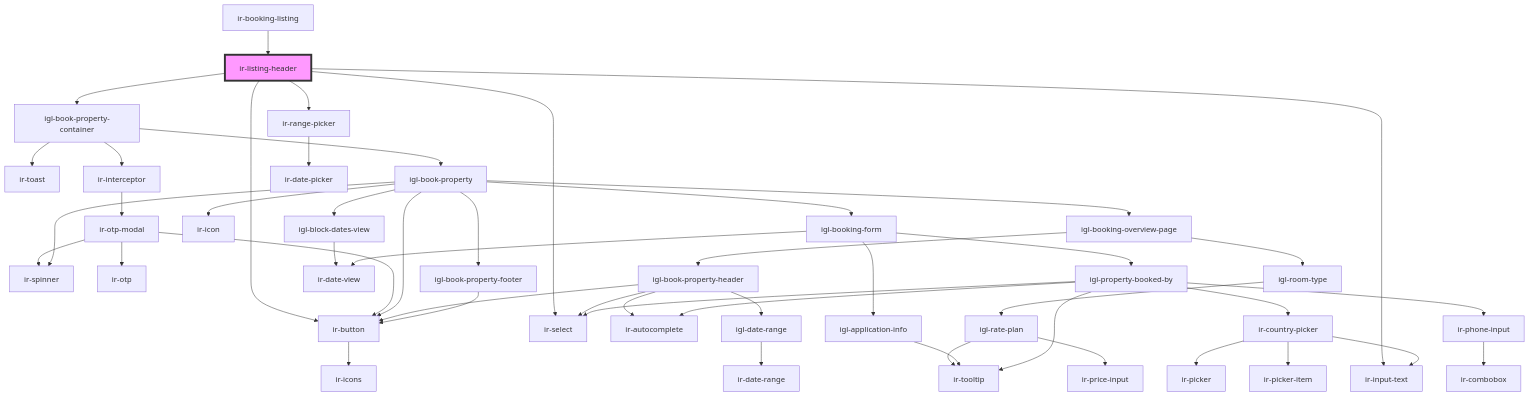
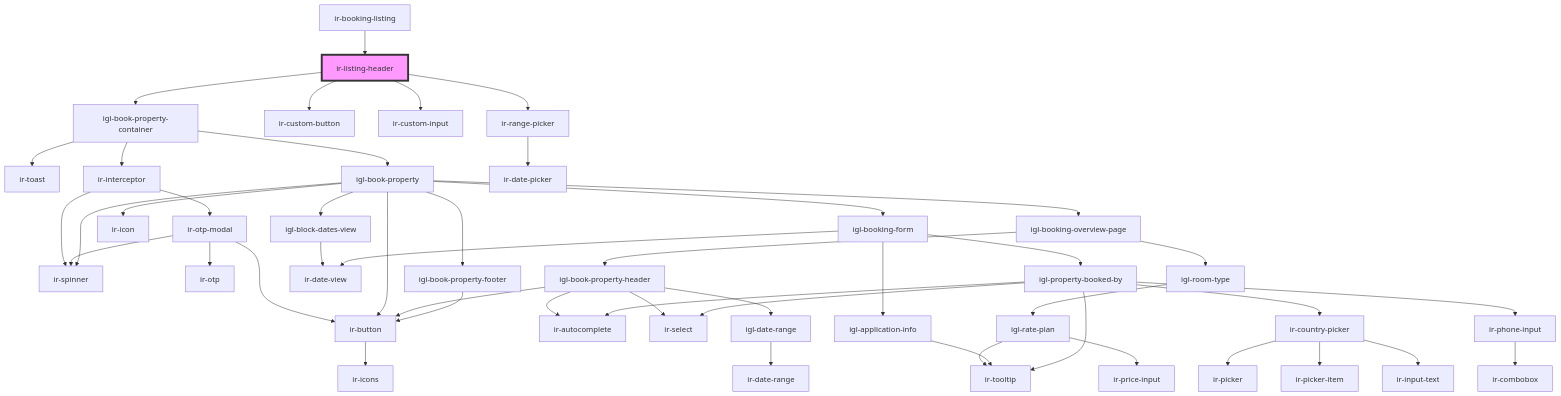
One commit to David1Chowaifaty/modified-ir-webcmp changed the diagram in src/components/ir-booking-listing/ir-listing-header/readme.md. Above: the diagram before and after it, drawn with Mermaid. The commit also changed other lines of this file and 69 other files, not shown here.

````diff
--- a/src/components/ir-booking-listing/ir-listing-header/readme.md
+++ b/src/components/ir-booking-listing/ir-listing-header/readme.md
@@ -39,51 +38,51 @@
 ```mermaid
 graph TD;
   ir-listing-header --> igl-book-property-container
-  ir-listing-header --> ir-button
-  ir-listing-header --> ir-input-text
-  ir-listing-header --> ir-select
+  ir-listing-header --> ir-custom-button
+  ir-listing-header --> ir-custom-input
   ir-listing-header --> ir-range-picker
   igl-book-property-container --> ir-toast
   igl-book-property-container --> ir-interceptor
   igl-book-property-container --> igl-book-property
+  ir-interceptor --> ir-spinner
   ir-interceptor --> ir-otp-modal
   ir-otp-modal --> ir-spinner
   ir-otp-modal --> ir-otp
   ir-otp-modal --> ir-button
   ir-button --> ir-icons
   igl-book-property --> igl-block-dates-view
   igl-book-property --> ir-spinner
   igl-book-property --> ir-icon
   igl-book-property --> igl-booking-overview-page
   igl-book-property --> igl-booking-form
   igl-book-property --> ir-button
   igl-book-property --> igl-book-property-footer
   igl-block-dates-view --> ir-date-view
   igl-booking-overview-page --> igl-book-property-header
   igl-booking-overview-page --> igl-room-type
   igl-book-property-header --> ir-autocomplete
   igl-book-property-header --> ir-select
   igl-book-property-header --> ir-button
   igl-book-property-header --> igl-date-range
   igl-date-range --> ir-date-range
   igl-room-type --> igl-rate-plan
   igl-rate-plan --> ir-tooltip
   igl-rate-plan --> ir-price-input
   igl-booking-form --> ir-date-view
   igl-booking-form --> igl-application-info
   igl-booking-form --> igl-property-booked-by
   igl-application-info --> ir-tooltip
   igl-property-booked-by --> ir-autocomplete
   igl-property-booked-by --> ir-tooltip
   igl-property-booked-by --> ir-country-picker
   igl-property-booked-by --> ir-phone-input
   igl-property-booked-by --> ir-select
   ir-country-picker --> ir-picker
   ir-country-picker --> ir-picker-item
   ir-country-picker --> ir-input-text
   ir-phone-input --> ir-combobox
   igl-book-property-footer --> ir-button
   ir-range-picker --> ir-date-picker
   ir-booking-listing --> ir-listing-header
   style ir-listing-header fill:#f9f,stroke:#333,stroke-width:4px
 ```
````
